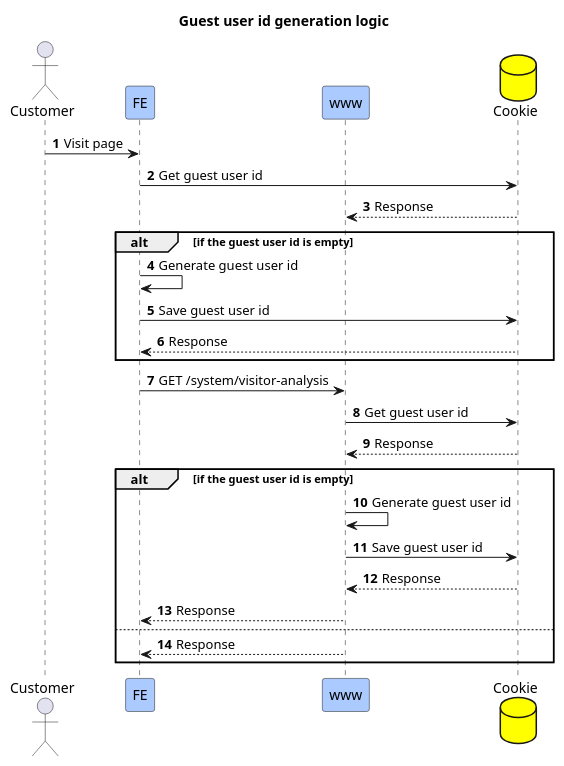
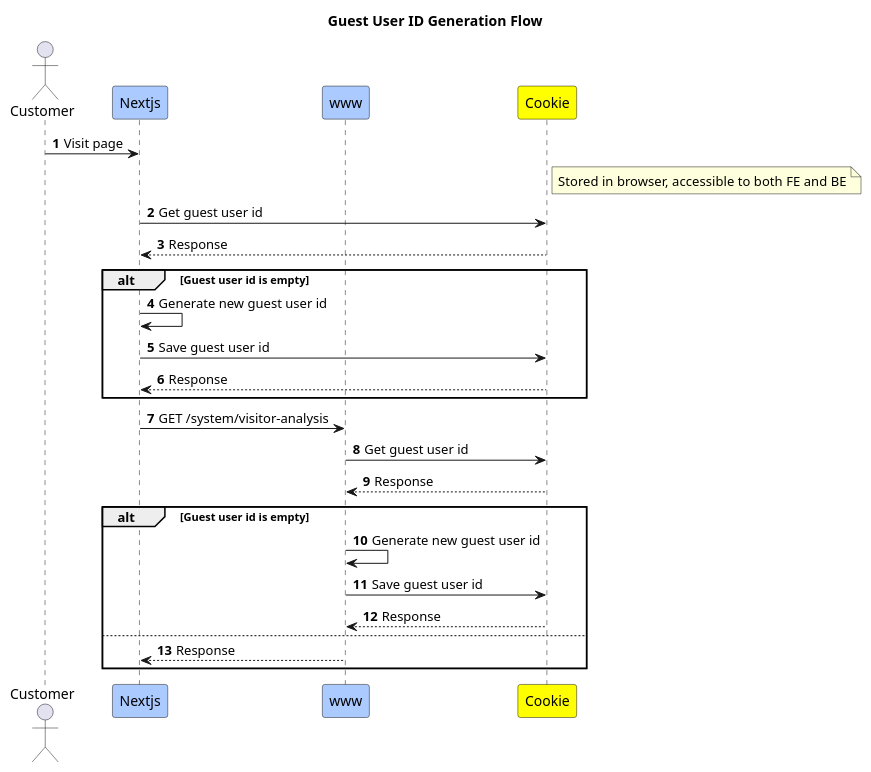
The diagram in Guest user id.puml (Jayounger/EyeMed-Sequence-Diagram), drawn with PlantUML before and after one commit. The commit also changed 2 other files, not shown here.

```diff
--- a/Guest user id.puml
+++ b/Guest user id.puml
@@ -1,31 +1,35 @@
 @startuml
-title Guest user id generation logic
+title Guest User ID Generation Flow
+
 actor Customer
-participant FE #abcaff
+participant Nextjs #abcaff
 participant "www" #abcaff
-database "Cookie" #yellow
+participant "Cookie" as Cookie #yellow
 
 autonumber
 
-Customer -> FE: Visit page
-FE -> "Cookie":Get guest user id
-"Cookie" --> "www":Response
-alt if the guest user id is empty
-    "FE" -> "FE":Generate guest user id
-    "FE" -> "Cookie":Save guest user id
-    "Cookie" --> FE:Response
+Customer -> Nextjs: Visit page
+note right of Cookie
+  Stored in browser, accessible to both FE and BE
+end note
+Nextjs -> Cookie: Get guest user id
+Cookie --> Nextjs: Response
+alt Guest user id is **empty**
+    Nextjs -> Nextjs: Generate new guest user id
+    Nextjs -> Cookie: Save guest user id
+    Cookie --> Nextjs: Response
 end
 
-FE -> "www":GET /system/visitor-analysis
-"www" -> "Cookie":Get guest user id
-"Cookie" --> "www":Response
-alt if the guest user id is empty
-    "www" -> "www":Generate guest user id
-    "www" -> "Cookie":Save guest user id
-    "Cookie" --> "www":Response
-    "www" --> FE:Response
+Nextjs -> www: GET /system/visitor-analysis
+www -> Cookie: Get guest user id
+Cookie --> www: Response
+alt Guest user id is **empty**
+    www -> www: Generate new guest user id
+    www -> Cookie: Save guest user id
+    Cookie --> www: Response
 else
-    "www" --> FE:Response
+    www --> Nextjs: Response
 end
 
+
 @enduml
```
